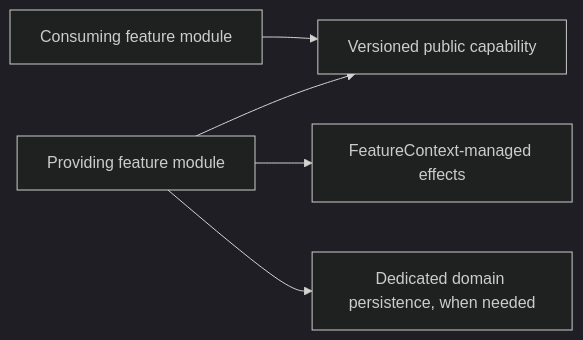
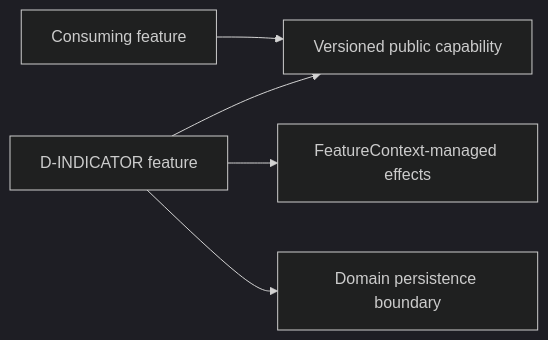
The diagram in app/services/indicator/README.md (haruperi/HaruQuantAI), drawn with Mermaid (dark theme) before and after one commit. The commit also changed other lines of this file and 19 other files, not shown here.

````diff
--- a/app/services/indicator/README.md
+++ b/app/services/indicator/README.md
@@ -102,7 +104,7 @@
 ```mermaid
 flowchart LR
-    Consumer["Consuming feature module"] --> Contract["Versioned public capability"]
-    Provider["Providing feature module"] --> Contract
+    Consumer["Consuming feature"] --> Contract["Versioned public capability"]
+    Provider["D-INDICATOR feature"] --> Contract
     Provider --> Context["FeatureContext-managed effects"]
-    Provider --> Persistence["Dedicated domain persistence, when needed"]
+    Provider --> Persistence["Domain persistence boundary"]
 ```
````
